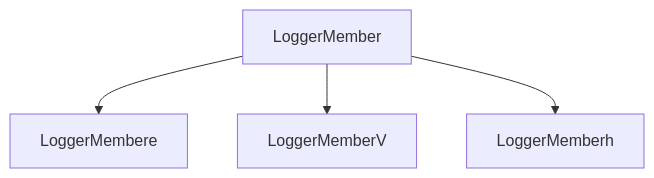
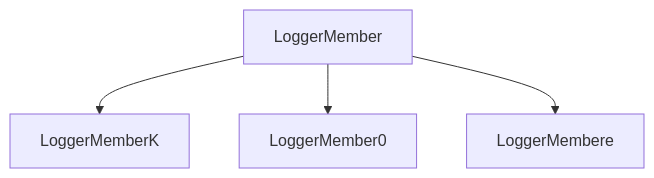
Before and after one commit to ellementul/uee-core: the diagram in mermaid.md, drawn with Mermaid. The commit also changed 1 other file, not shown here.

Commit message:
Return timestamp

````diff
--- a/mermaid.md
+++ b/mermaid.md
@@ -1,11 +1,11 @@
 ```mermaid
  flowchart TD
-    ygzwxVSd3x9eyhI2Fm76yykSHy2zBIHFHeEIlER[LoggerMember]
-    e913CsdCiw7mwfTnMPCoOj6p4yhfEyqdqSjs0qAp[LoggerMembere]
-    VuPNkgifDuDO29r8WLg73DC6d9uHMDiufupQaJao[LoggerMemberV]
-    hBl24sDZHLaUUFI6ipagvjMbWtUHaGmXfgtupavV[LoggerMemberh]
+    kjGXzOkmimbrqJjfno2akWxrZfqS6OpNeDrMgvA1[LoggerMember]
+    KbZuH1yTbi6wUGl0IBrAhRkgJiXlgmCtfHW9eyAr[LoggerMemberK]
+    0KdmJ96hUcOzIq0zNVpcKaVkNlWvryp16HsOJAdD[LoggerMember0]
+    eoJU5BQCOxrVh20fA7f75wGLJPFjepclPWhDPH1[LoggerMembere]
 
-    ygzwxVSd3x9eyhI2Fm76yykSHy2zBIHFHeEIlER --> e913CsdCiw7mwfTnMPCoOj6p4yhfEyqdqSjs0qAp
-    ygzwxVSd3x9eyhI2Fm76yykSHy2zBIHFHeEIlER --> VuPNkgifDuDO29r8WLg73DC6d9uHMDiufupQaJao
-    ygzwxVSd3x9eyhI2Fm76yykSHy2zBIHFHeEIlER --> hBl24sDZHLaUUFI6ipagvjMbWtUHaGmXfgtupavV
+    kjGXzOkmimbrqJjfno2akWxrZfqS6OpNeDrMgvA1 --> KbZuH1yTbi6wUGl0IBrAhRkgJiXlgmCtfHW9eyAr
+    kjGXzOkmimbrqJjfno2akWxrZfqS6OpNeDrMgvA1 --> 0KdmJ96hUcOzIq0zNVpcKaVkNlWvryp16HsOJAdD
+    kjGXzOkmimbrqJjfno2akWxrZfqS6OpNeDrMgvA1 --> eoJU5BQCOxrVh20fA7f75wGLJPFjepclPWhDPH1
 ```
````
